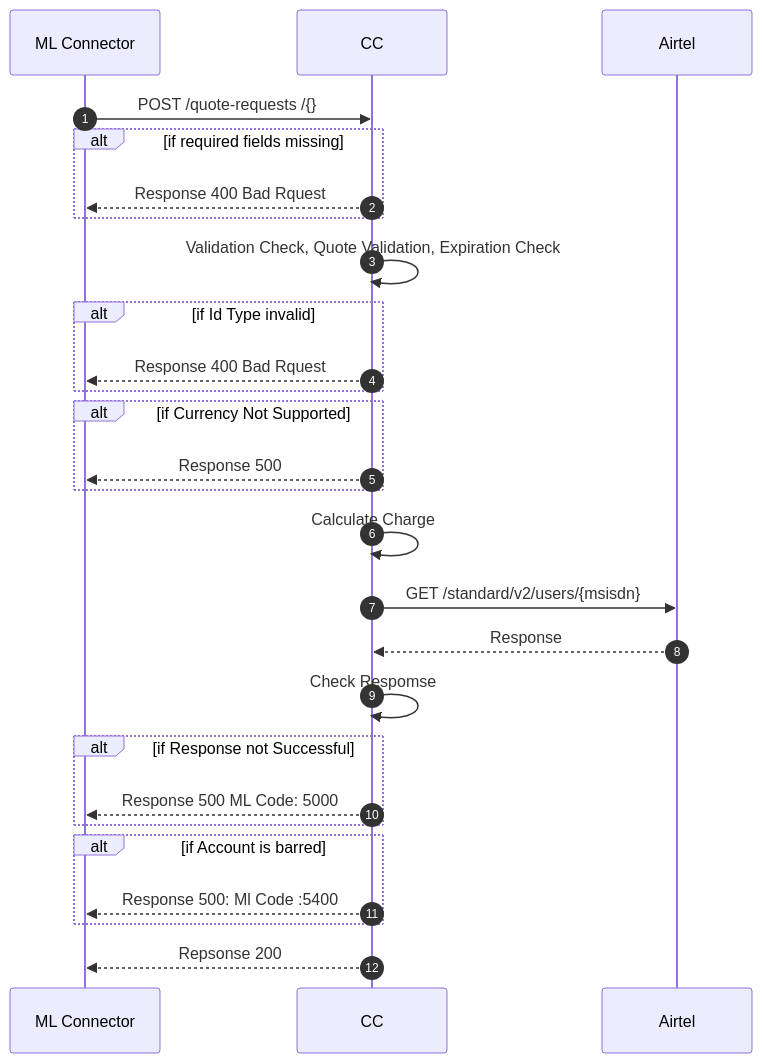
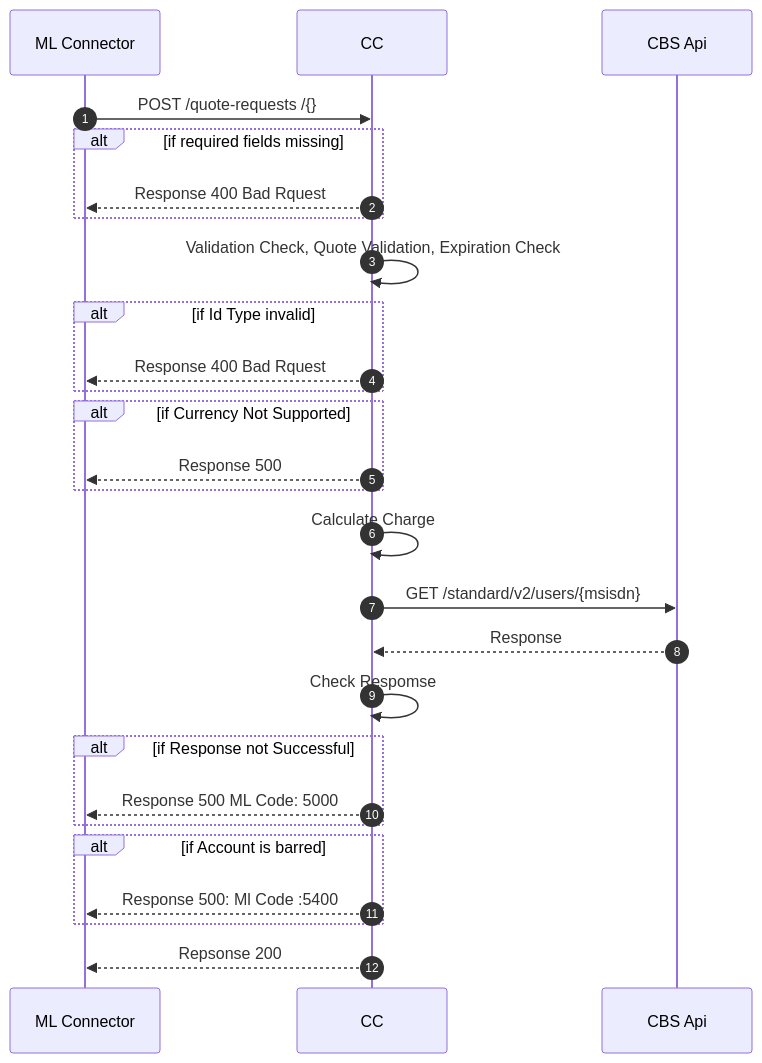
One commit to mojaloop/ml-reference-connectors changed the diagram in core-connector-template/docs/payee-quoterequests.md. Above: the diagram before and after it, drawn with Mermaid. The commit also changed 5 other files, not shown here.

Commit message:
docs: refined template sequence diagrams and documentation

````diff
--- a/core-connector-template/docs/payee-quoterequests.md
+++ b/core-connector-template/docs/payee-quoterequests.md
@@ -3,26 +3,26 @@
 ```mermaid
    sequenceDiagram
 autoNumber
 ML Connector ->> CC: POST /quote-requests /{}
 Alt if required fields missing
 CC-->>ML Connector: Response 400 Bad Rquest
 End
 CC->> CC:Validation Check, Quote Validation, Expiration Check
 Alt if Id Type invalid
 CC-->>ML Connector: Response 400 Bad Rquest
 End
 Alt if Currency Not Supported
 CC-->>ML Connector: Response 500
 End
 CC->>CC:Calculate Charge
-CC->> Airtel:GET /standard/v2/users/{msisdn}
-Airtel -->> CC:Response
+CC->> CBS Api:GET /standard/v2/users/{msisdn}
+CBS Api -->> CC:Response
 CC->>CC: Check Respomse
 Alt if Response not Successful
 CC-->>ML Connector: Response 500 ML Code: 5000
 End
 Alt if Account is barred
 CC-->>ML Connector:Response 500: Ml Code :5400
 End
 CC-->>ML Connector: Repsonse 200
 ```
````
